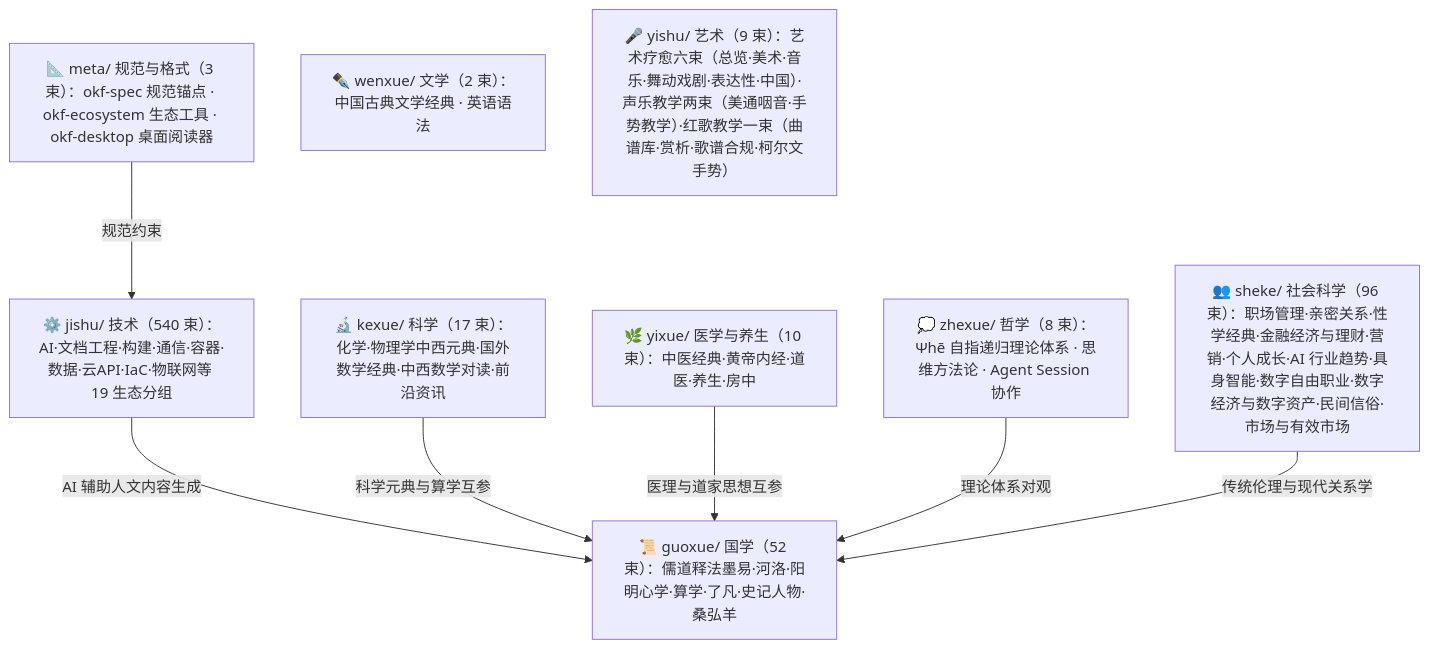
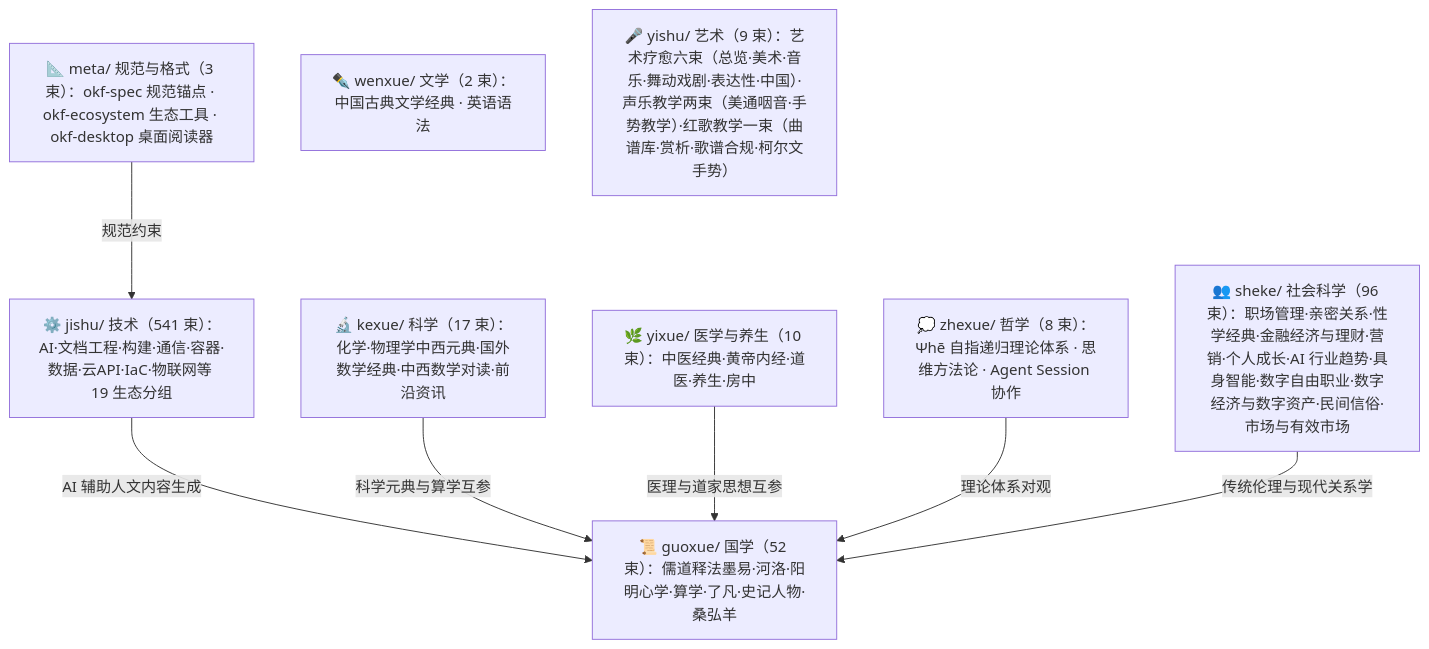
The diagram in doc/bundles/index.md (awesome-flexloop/awesome-okf), drawn with Mermaid before and after one commit. The commit also changed other lines of this file and 26 other files, not shown here.

````diff
--- a/doc/bundles/index.md
+++ b/doc/bundles/index.md
@@ -21,18 +21,18 @@
 ```mermaid
 flowchart TD
     meta["📐 meta/ 规范与格式（3 束）：okf-spec 规范锚点 · okf-ecosystem 生态工具 · okf-desktop 桌面阅读器"]
     guoxue["📜 guoxue/ 国学（52 束）：儒道释法墨易·河洛·阳明心学·算学·了凡·史记人物·桑弘羊"]
     zhexue["💭 zhexue/ 哲学（8 束）：Ψhē 自指递归理论体系 · 思维方法论 · Agent Session 协作"]
     kexue["🔬 kexue/ 科学（17 束）：化学·物理学中西元典·国外数学经典·中西数学对读·前沿资讯"]
     wenxue["✒️ wenxue/ 文学（2 束）：中国古典文学经典 · 英语语法"]
     yixue["🌿 yixue/ 医学与养生（10 束）：中医经典·黄帝内经·道医·养生·房中"]
     sheke["👥 sheke/ 社会科学（96 束）：职场管理·亲密关系·性学经典·金融经济与理财·营销·个人成长·AI 行业趋势·具身智能·数字自由职业·数字经济与数字资产·民间信俗·市场与有效市场"]
     yishu["🎤 yishu/ 艺术（9 束）：艺术疗愈六束（总览·美术·音乐·舞动戏剧·表达性·中国）·声乐教学两束（美通咽音·手势教学）·红歌教学一束（曲谱库·赏析·歌谱合规·柯尔文手势）"]
-    jishu["⚙️ jishu/ 技术（540 束）：AI·文档工程·构建·通信·容器·数据·云API·IaC·物联网等 19 生态分组"]
+    jishu["⚙️ jishu/ 技术（541 束）：AI·文档工程·构建·通信·容器·数据·云API·IaC·物联网等 19 生态分组"]
     meta -->|"规范约束"| jishu
     jishu -->|"AI 辅助人文内容生成"| guoxue
     kexue -->|"科学元典与算学互参"| guoxue
     yixue -->|"医理与道家思想互参"| guoxue
     zhexue -->|"理论体系对观"| guoxue
     sheke -->|"传统伦理与现代关系学"| guoxue
 ```
````
